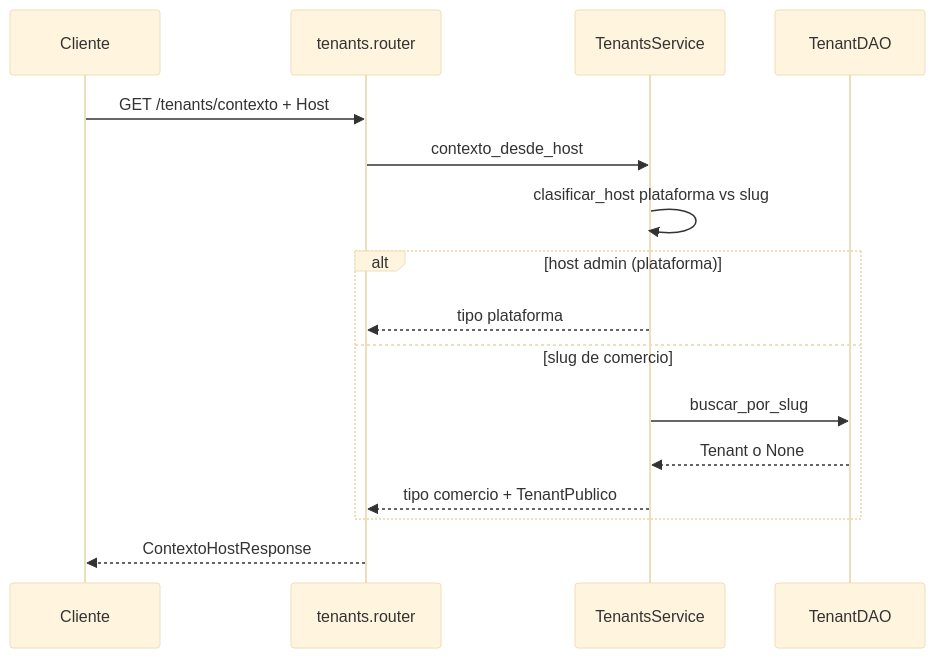
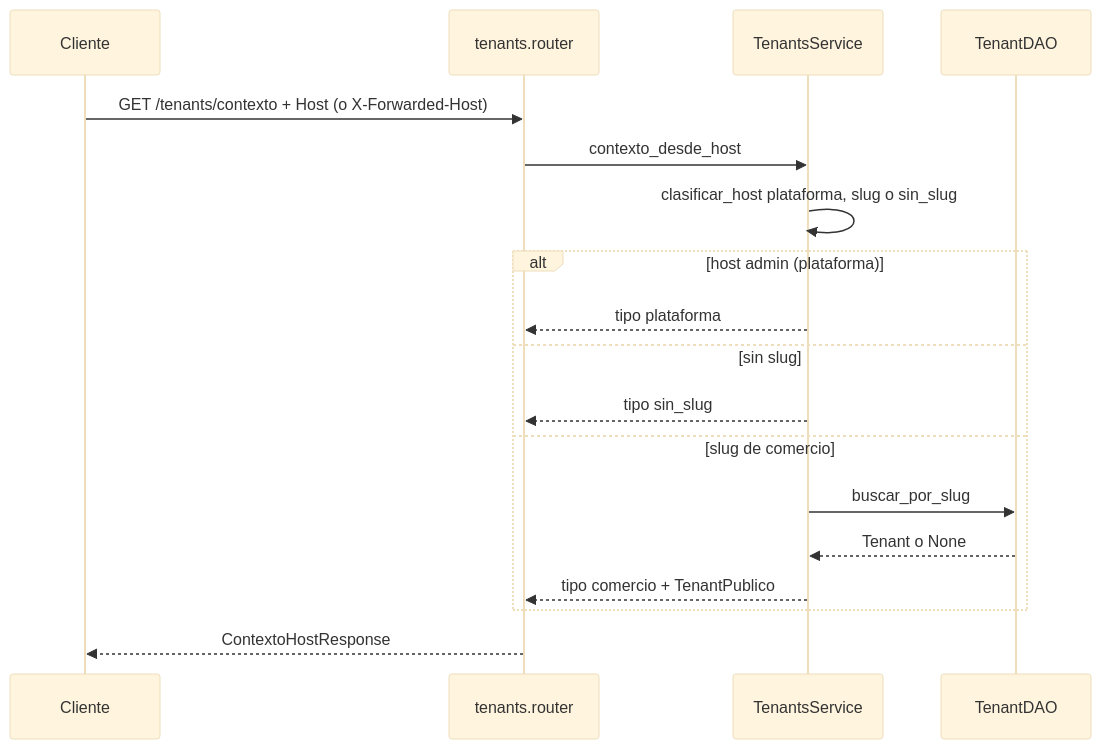
One commit to estsan3/ventas360-api changed the second of 2 diagrams in docs/diagramas/tenants.md. Above: the diagram before and after it, drawn with Mermaid (base theme). The commit also changed other lines of this file and 20 other files, not shown here.

First line of the commit message:
docs: diagramas de secuencia por módulo (sync 2026-09-22)

````diff
--- a/docs/diagramas/tenants.md
+++ b/docs/diagramas/tenants.md
@@ -33,19 +35,21 @@
 ```mermaid
 sequenceDiagram
     participant Cliente
     participant Router as tenants.router
     participant Service as TenantsService
     participant DAO as TenantDAO
 
-    Cliente->>Router: GET /tenants/contexto + Host
+    Cliente->>Router: GET /tenants/contexto + Host (o X-Forwarded-Host)
     Router->>Service: contexto_desde_host
-    Service->>Service: clasificar_host plataforma vs slug
+    Service->>Service: clasificar_host plataforma, slug o sin_slug
     alt host admin (plataforma)
         Service-->>Router: tipo plataforma
+    else sin slug
+        Service-->>Router: tipo sin_slug
     else slug de comercio
         Service->>DAO: buscar_por_slug
         DAO-->>Service: Tenant o None
         Service-->>Router: tipo comercio + TenantPublico
     end
     Router-->>Cliente: ContextoHostResponse
 ```
````
